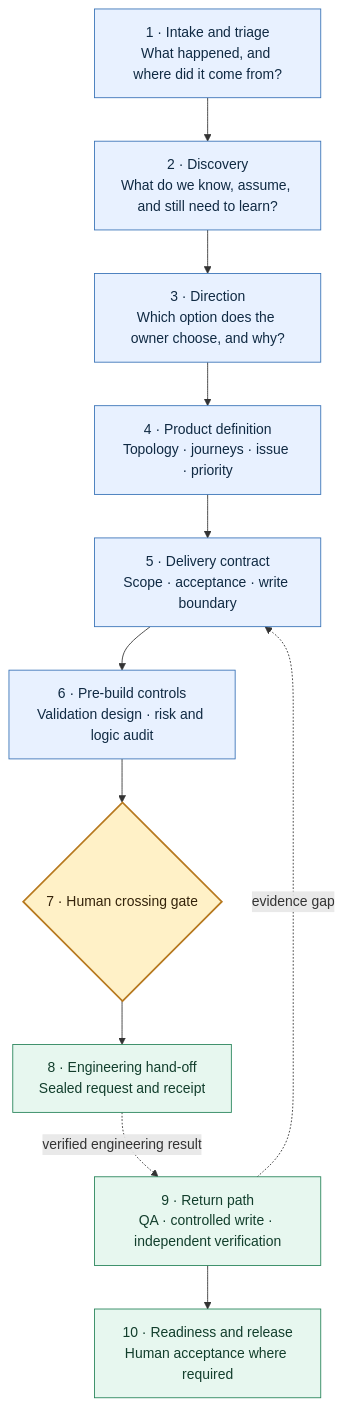
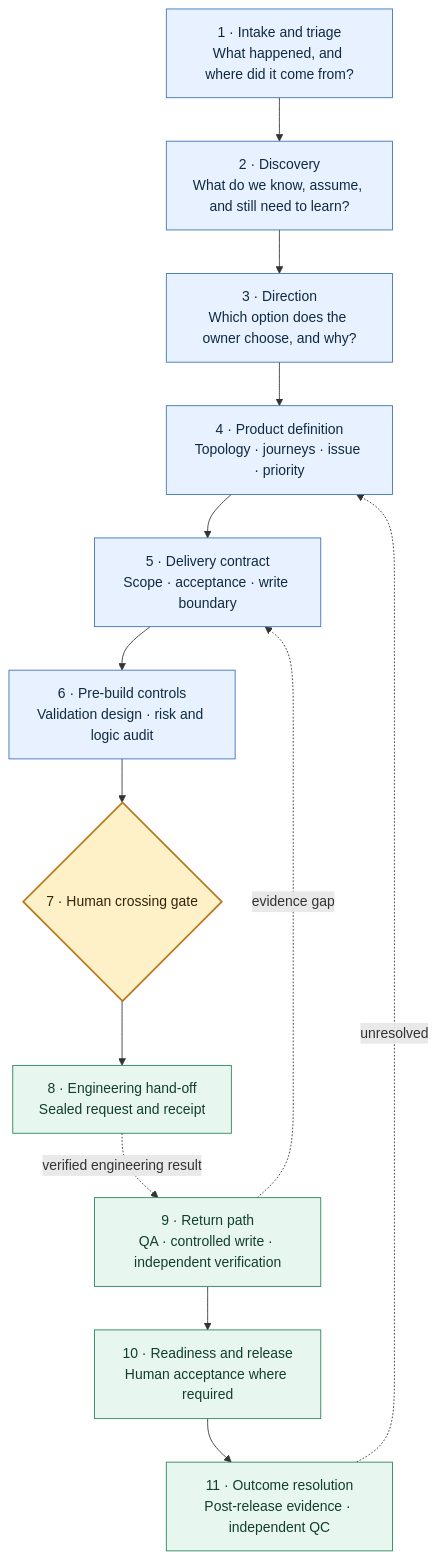
One commit to sedwna/open-product-operations-os changed the diagram in .github/diagrams/product-operations.mmd. Above: the diagram before and after it, drawn with Mermaid. The commit also changed 29 other files, not shown here.

Commit message:
Separate release readiness from outcome resolution

```diff
--- a/.github/diagrams/product-operations.mmd
+++ b/.github/diagrams/product-operations.mmd
@@ -1,23 +1,25 @@
 flowchart TB
     A["1 · Intake and triage<br/>What happened, and where did it come from?"]
     B["2 · Discovery<br/>What do we know, assume, and still need to learn?"]
     C["3 · Direction<br/>Which option does the owner choose, and why?"]
     D["4 · Product definition<br/>Topology · journeys · issue · priority"]
     E["5 · Delivery contract<br/>Scope · acceptance · write boundary"]
     F["6 · Pre-build controls<br/>Validation design · risk and logic audit"]
     G{"7 · Human crossing gate"}
     H["8 · Engineering hand-off<br/>Sealed request and receipt"]
     I["9 · Return path<br/>QA · controlled write · independent verification"]
     J["10 · Readiness and release<br/>Human acceptance where required"]
+    K["11 · Outcome resolution<br/>Post-release evidence · independent QC"]
 
     A --> B --> C --> D --> E --> F --> G --> H
     H -.->|verified engineering result| I
-    I --> J
+    I --> J --> K
     I -.->|evidence gap| E
+    K -.->|unresolved| D
 
     classDef product fill:#E8F1FF,stroke:#3973B7,color:#102A43;
     classDef gate fill:#FFF1C7,stroke:#B7791F,color:#34230A,stroke-width:2px;
     classDef return fill:#E7F7EF,stroke:#27845A,color:#123E2C;
     class A,B,C,D,E,F product;
     class G gate;
-    class H,I,J return;
+    class H,I,J,K return;
```
